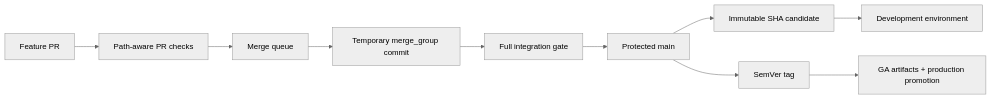
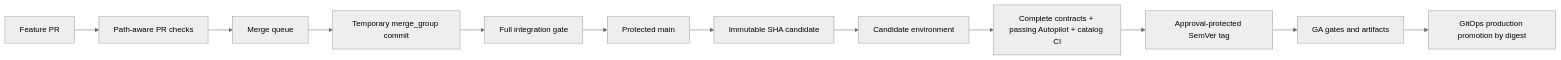
Before and after one commit to sqe/AQE: the first of 3 diagrams in docs/production-release.md, drawn with Mermaid (neutral theme). The commit also changed other lines of this file and 5 other files, not shown here.

Commit message:
fix: harden and document production promotion (#10)

````diff
--- a/docs/production-release.md
+++ b/docs/production-release.md
@@ -8,12 +8,14 @@
 ```mermaid
 flowchart LR
     A[Feature PR] --> B[Path-aware PR checks]
     B --> C[Merge queue]
     C --> D[Temporary merge_group commit]
     D --> E[Full integration gate]
     E --> F[Protected main]
     F --> G[Immutable SHA candidate]
-    G --> H[Development environment]
-    F --> I[SemVer tag]
-    I --> J[GA artifacts + production promotion]
+    G --> H[Candidate environment]
+    H --> I[Complete contracts + passing Autopilot + catalog CI]
+    I --> J[Approval-protected SemVer tag]
+    J --> K[GA gates and artifacts]
+    K --> L[GitOps production promotion by digest]
 ```
````
